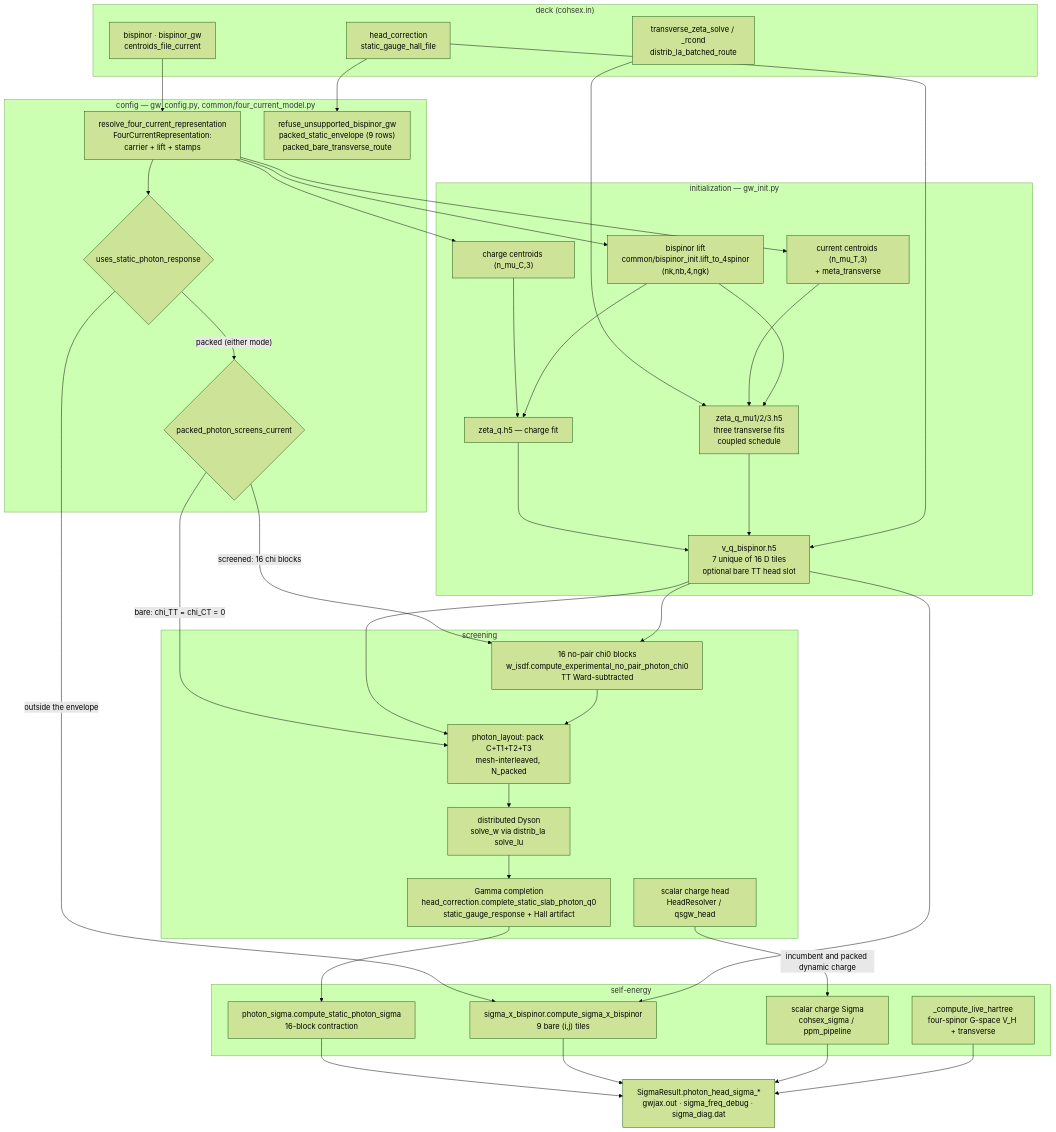
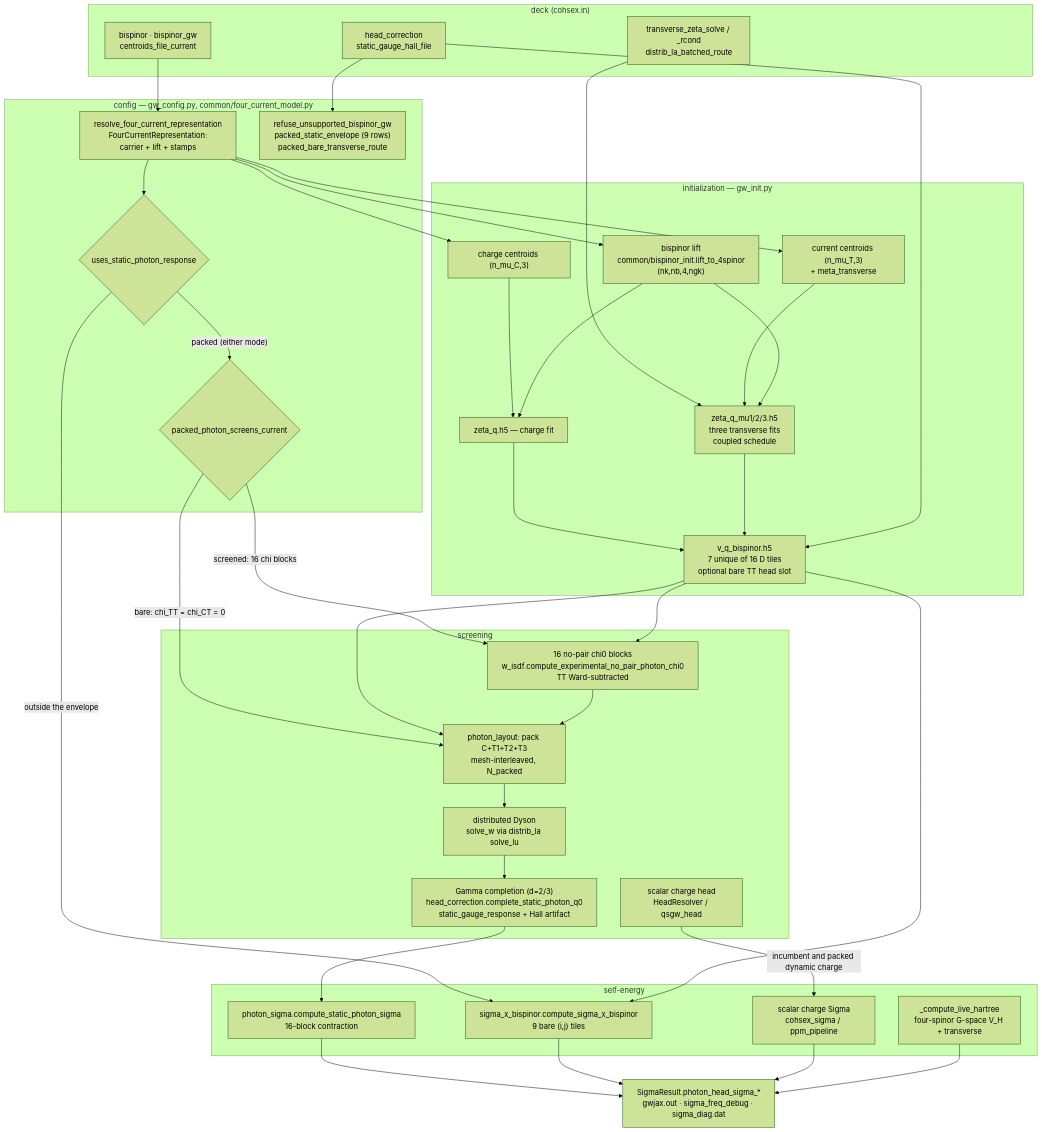
The diagram in docs/architecture/four_current_wiring.md (jackmcarthur/lorrax), drawn with Mermaid (forest theme) before and after one commit. The commit also changed other lines of this file and 20 other files, not shown here.

First line of the commit message:
Complete packed photon Gamma cells in bulk

````diff
--- a/docs/architecture/four_current_wiring.md
+++ b/docs/architecture/four_current_wiring.md
@@ -145,72 +143,72 @@
 ```mermaid
 flowchart TD
   subgraph DECK["deck (cohsex.in)"]
     K1["bispinor · bispinor_gw<br/>centroids_file_current"]
     K2["head_correction<br/>static_gauge_hall_file"]
     K3["transverse_zeta_solve / _rcond<br/>distrib_la_batched_route"]
   end
 
   subgraph CFG["config — gw_config.py, common/four_current_model.py"]
     R["resolve_four_current_representation<br/>FourCurrentRepresentation:<br/>carrier + lift + stamps"]
     F{"uses_static_photon_response"}
     S{"packed_photon_screens_current"}
     E["refuse_unsupported_bispinor_gw<br/>packed_static_envelope (9 rows)<br/>packed_bare_transverse_route"]
   end
 
   subgraph INIT["initialization — gw_init.py"]
     C1["charge centroids (n_mu_C,3)"]
     C2["current centroids (n_mu_T,3)<br/>+ meta_transverse"]
     L["bispinor lift<br/>common/bispinor_init.lift_to_4spinor<br/>(nk,nb,4,ngk)"]
     Z0["zeta_q.h5 — charge fit"]
     ZT["zeta_q_mu1/2/3.h5<br/>three transverse fits<br/>coupled schedule"]
     VQ["v_q_bispinor.h5<br/>7 unique of 16 D tiles<br/>optional bare TT head slot"]
   end
 
   subgraph SCR["screening"]
     CHI["16 no-pair chi0 blocks<br/>w_isdf.compute_experimental_no_pair_photon_chi0<br/>TT Ward-subtracted"]
     PK["photon_layout: pack C+T1+T2+T3<br/>mesh-interleaved, N_packed"]
     DY["distributed Dyson<br/>solve_w via distrib_la solve_lu"]
-    HD["Gamma completion<br/>head_correction.complete_static_slab_photon_q0<br/>static_gauge_response + Hall artifact"]
+    HD["Gamma completion (d=2/3)<br/>head_correction.complete_static_photon_q0<br/>static_gauge_response + Hall artifact"]
     SW["scalar charge head<br/>HeadResolver / qsgw_head"]
   end
 
   subgraph SIG["self-energy"]
     PS["photon_sigma.compute_static_photon_sigma<br/>16-block contraction"]
     SB["sigma_x_bispinor.compute_sigma_x_bispinor<br/>9 bare (i,j) tiles"]
     CS["scalar charge Sigma<br/>cohsex_sigma / ppm_pipeline"]
     HT["_compute_live_hartree<br/>four-spinor G-space V_H + transverse"]
   end
 
   OUT["SigmaResult.photon_head_sigma_*<br/>gwjax.out · sigma_freq_debug · sigma_diag.dat"]
 
   K1 --> R
   R --> F
   K2 --> E
   K3 --> ZT
   F -->|"packed (either mode)"| S
   F -->|"outside the envelope"| SB
   S -->|"screened: 16 chi blocks"| CHI
   S -->|"bare: chi_TT = chi_CT = 0"| PK
   R --> C1
   R --> C2
   R --> L
   C1 --> Z0
   C2 --> ZT
   L --> Z0
   L --> ZT
   Z0 --> VQ
   ZT --> VQ
   K2 --> VQ
   VQ --> CHI
   VQ --> SB
   VQ --> PK
   CHI --> PK
   PK --> DY
   DY --> HD
   HD --> PS
   SW -->|incumbent and packed dynamic charge| CS
   PS --> OUT
   SB --> OUT
   CS --> OUT
   HT --> OUT
 ```
````
